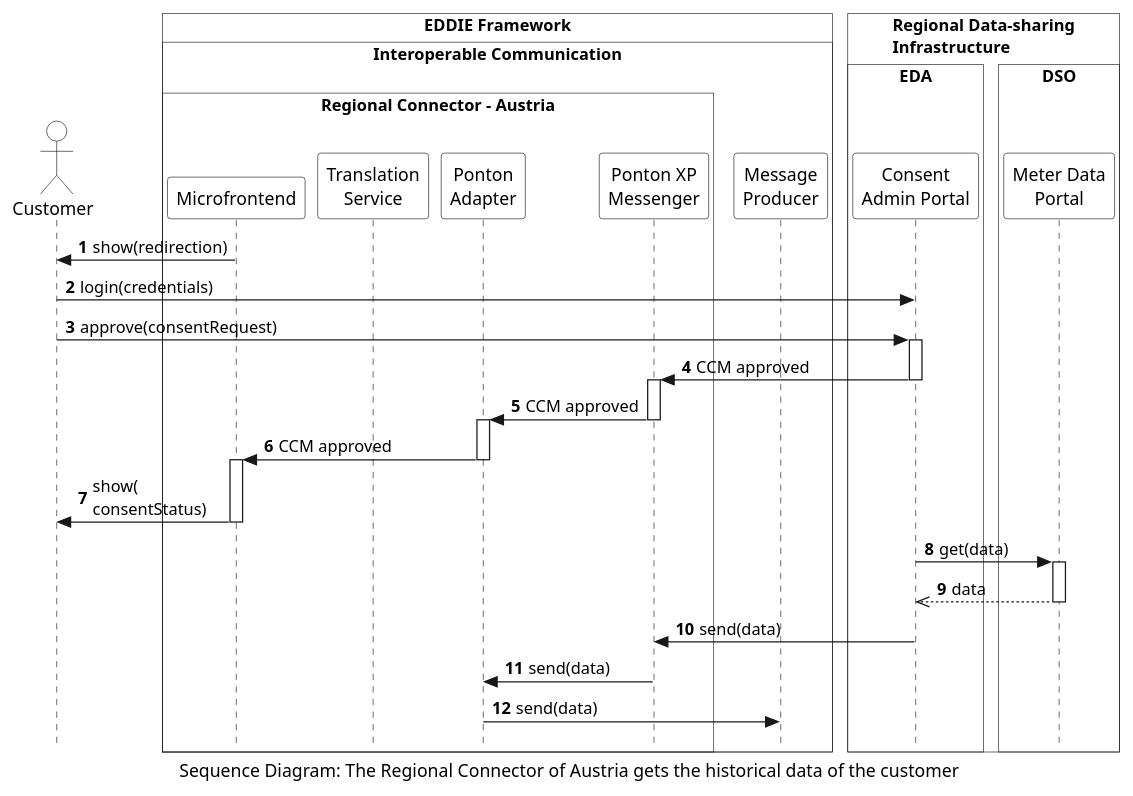
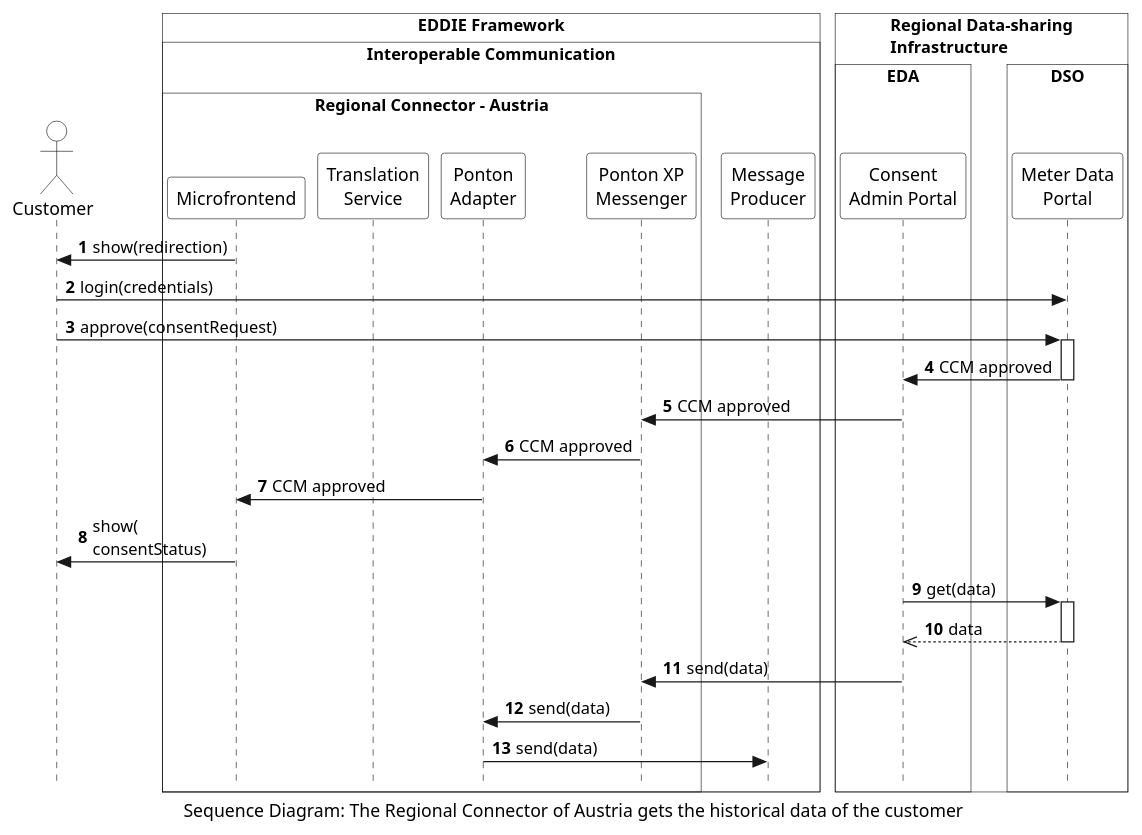
The diagram in arc42/06-runtime-view/runtime-view/access-historical-data-austria/figures/get-historical-data-austria.puml (eddie-energy/architecture), drawn with PlantUML before and after one commit. The commit also changed 25 other files, not shown here.

```diff
--- a/arc42/06-runtime-view/runtime-view/access-historical-data-austria/figures/get-historical-data-austria.puml
+++ b/arc42/06-runtime-view/runtime-view/access-historical-data-austria/figures/get-historical-data-austria.puml
@@ -1,63 +1,57 @@
 @startuml get-historical-data-austria
 'sequence diagram
 caption Sequence Diagram: The Regional Connector of Austria gets the historical data of the customer
 
 skinparam style strictuml
 skinparam sequence {
   ParticipantBackgroundColor transparent
   ActorBackgroundColor transparent
 }
 
 autonumber
 !pragma teoz true
 
 actor "Customer" as user
 box "EDDIE Framework" #transparent
   ' participant "Permission\nFacade" as website
   box "Interoperable Communication\n"  #transparent
     box "Regional Connector - Austria"  #transparent
       participant "Microfrontend" as microfrontend
       participant "Translation\nService" as translationService
       participant "Ponton\nAdapter" as pontonAdapter
       participant "Ponton XP\nMessenger" as pontonXP
     end box
       participant "Message\nProducer" as messageProducer
   end box
 end box
 box "Regional Data-sharing\nInfrastructure" #transparent
   box "EDA" #transparent
     participant "Consent\nAdmin Portal" as adminPortal
   end box
   box "DSO" #transparent
     participant "Meter Data\nPortal" as dataPortal
   end box
 end box
 
 microfrontend -> user : show(redirection)
-user -> adminPortal : login(credentials)
-user -> adminPortal : approve(consentRequest)
-activate adminPortal
+user -> dataPortal : login(credentials)
+user -> dataPortal : approve(consentRequest)
+activate dataPortal
+dataPortal -> adminPortal : CCM approved
+deactivate dataPortal
 adminPortal -> pontonXP : CCM approved
-deactivate adminPortal
-activate pontonXP
 pontonXP -> pontonAdapter : CCM approved
-deactivate pontonXP
-activate pontonAdapter
 pontonAdapter -> microfrontend : CCM approved
-deactivate pontonAdapter
-activate microfrontend
 microfrontend -> user : show(\nconsentStatus)
 deactivate microfrontend
 
 adminPortal -> dataPortal : get(data)
 activate dataPortal
   dataPortal -->> adminPortal : data
 deactivate dataPortal
 adminPortal -> pontonXP : send(data)
 
 pontonXP -> pontonAdapter : send(data)
 pontonAdapter -> messageProducer : send(data)
 
-
-
 @enduml
```
